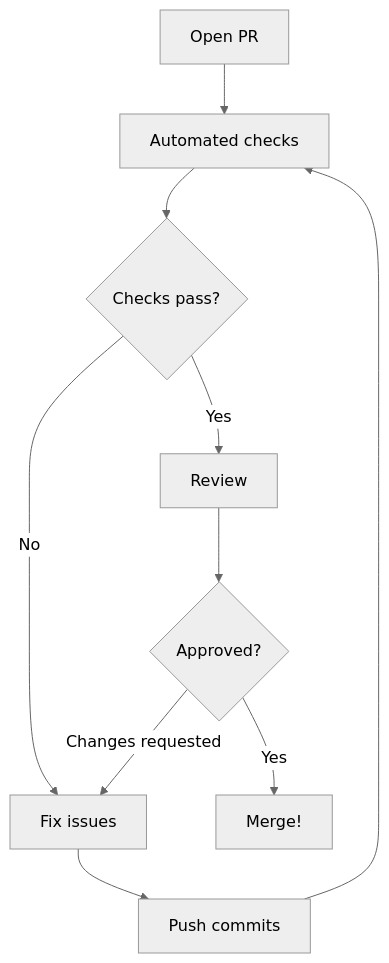
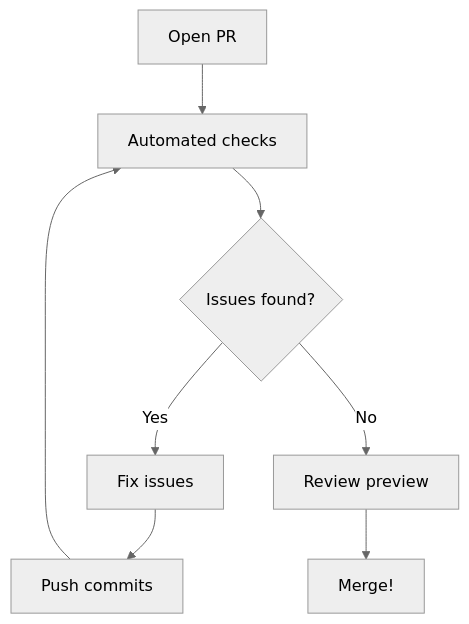
Before and after one commit to cynthiateeters/security-safari-starter: the third of 4 diagrams in docs/tutorials/git-workflow.md, drawn with Mermaid (neutral theme). The commit also changed other lines of this file and 5 other files, not shown here.

````diff
--- a/docs/tutorials/git-workflow.md
+++ b/docs/tutorials/git-workflow.md
@@ -188,12 +200,10 @@
 ```mermaid
 flowchart TD
     A[Open PR] --> B[Automated checks]
-    B --> C{Checks pass?}
-    C -->|No| D[Fix issues]
+    B --> C{Issues found?}
+    C -->|Yes| D[Fix issues]
     D --> E[Push commits]
     E --> B
-    C -->|Yes| F[Review]
-    F --> G{Approved?}
-    G -->|Changes requested| D
-    G -->|Yes| H[Merge!]
+    C -->|No| F[Review preview]
+    F --> G[Merge!]
 ```
````
